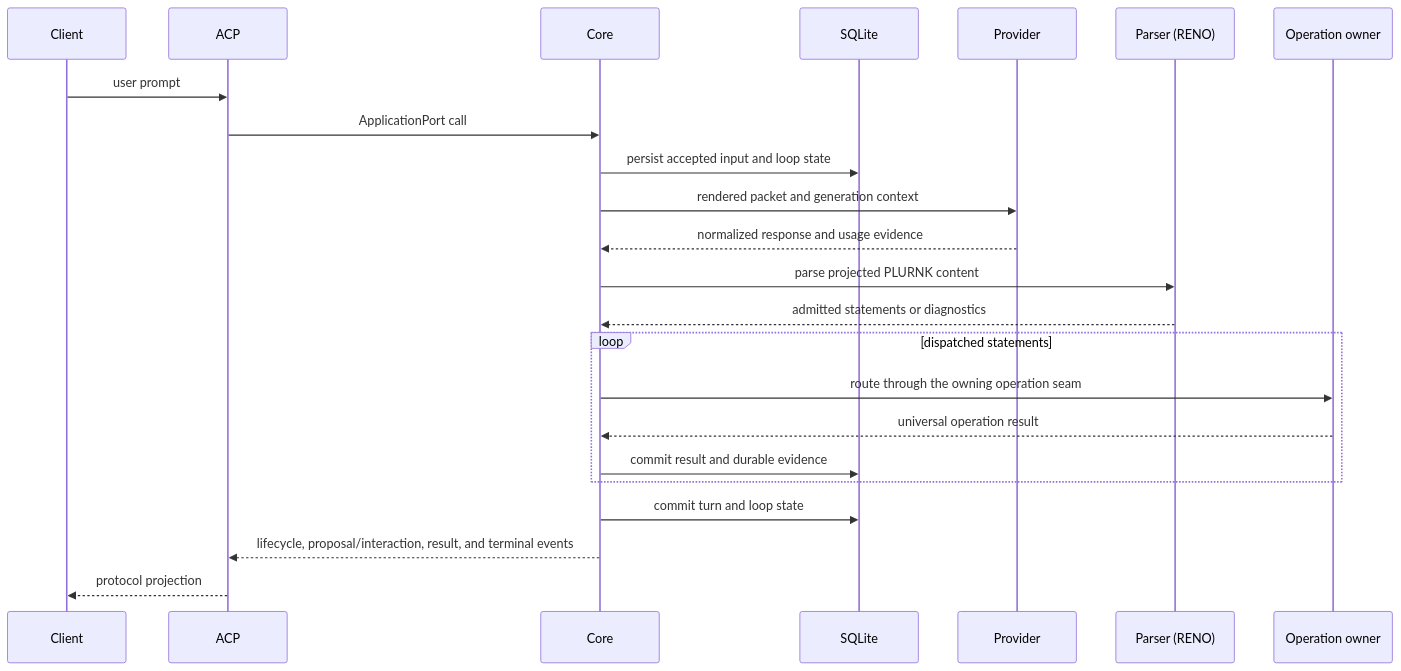
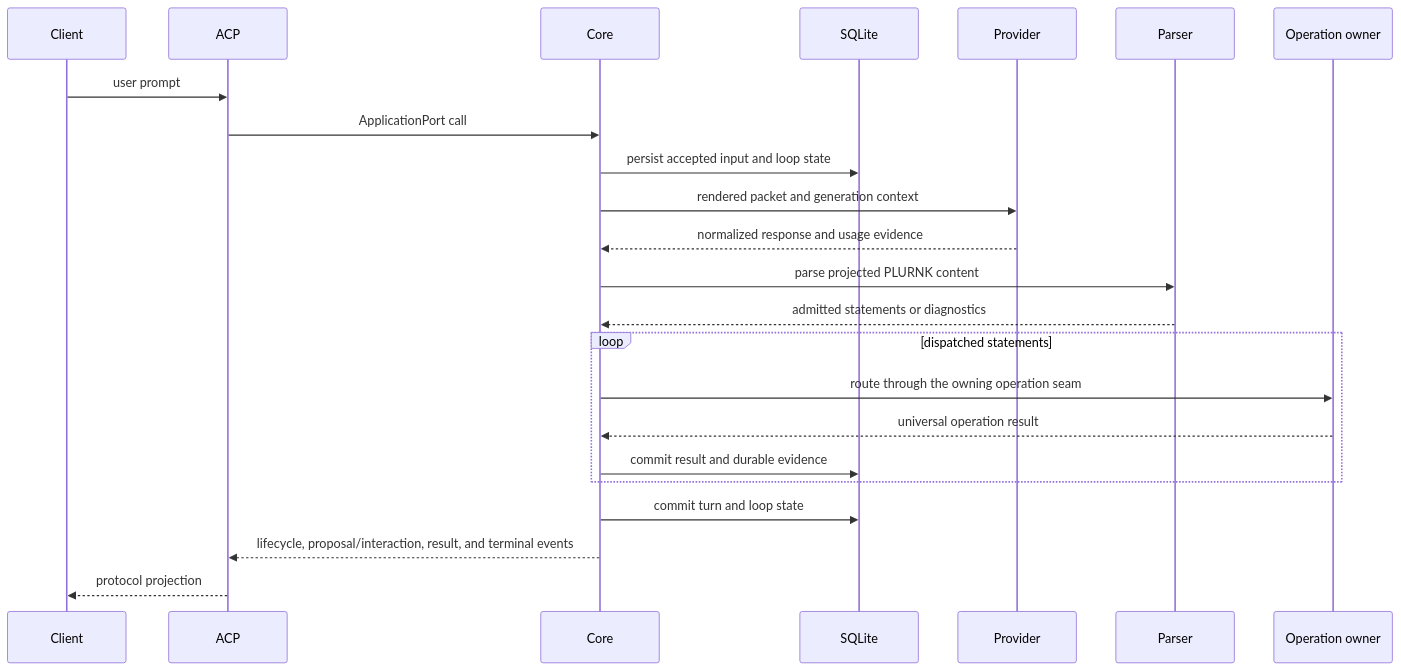
Before and after one commit to plurnk/plurnk-service: the fifth of 5 diagrams in ARCHITECTURE.md, drawn with Mermaid. The commit also changed other lines of this file and 161 other files, not shown here.

````diff
--- a/ARCHITECTURE.md
+++ b/ARCHITECTURE.md
@@ -393,26 +391,26 @@
 ```mermaid
 sequenceDiagram
     participant Client
     participant ACP as ACP
     participant Core
     participant Store as SQLite
     participant Provider
-    participant Parser as Parser (RENO)
+    participant Parser
     participant Owner as Operation owner
 
     Client->>ACP: user prompt
     ACP->>Core: ApplicationPort call
     Core->>Store: persist accepted input and loop state
     Core->>Provider: rendered packet and generation context
     Provider-->>Core: normalized response and usage evidence
     Core->>Parser: parse projected PLURNK content
     Parser-->>Core: admitted statements or diagnostics
     loop dispatched statements
         Core->>Owner: route through the owning operation seam
         Owner-->>Core: universal operation result
         Core->>Store: commit result and durable evidence
     end
     Core->>Store: commit turn and loop state
     Core-->>ACP: lifecycle, proposal/interaction, result, and terminal events
     ACP-->>Client: protocol projection
 ```
````
